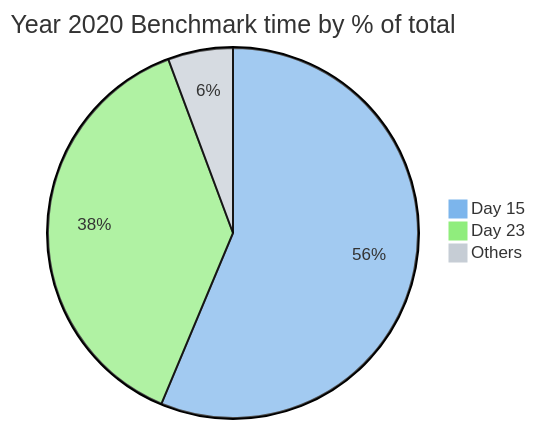
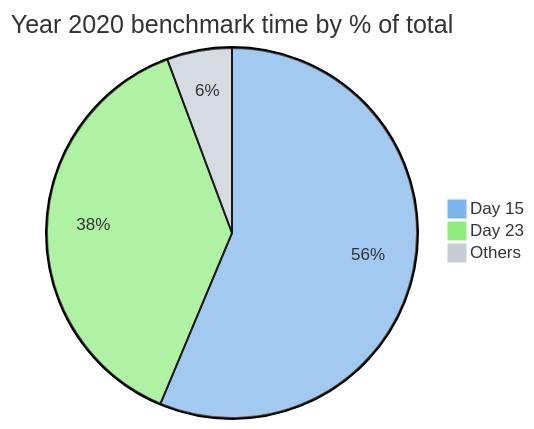
One commit to maneatingape/advent-of-code-rust changed the fourth of 4 diagrams in README.md. Above: the diagram before and after it, drawn with Mermaid. The commit also changed other lines of this file and 2 other files, not shown here.

````diff
--- a/README.md
+++ b/README.md
@@ -145,8 +145,8 @@
 ```mermaid
 %%{init: {'theme': 'base', 'themeVariables': { 'pie1': '#7cb5ec', 'pie2': '#90ed7d', 'pie3': '#c6cdd5'}}}%%
 pie
-    title Year 2020 Benchmark time by % of total
+    title Year 2020 benchmark time by % of total
     "Day 15" : 163000
     "Day 23" : 110000
     "Others" : 16425
 ```
````
